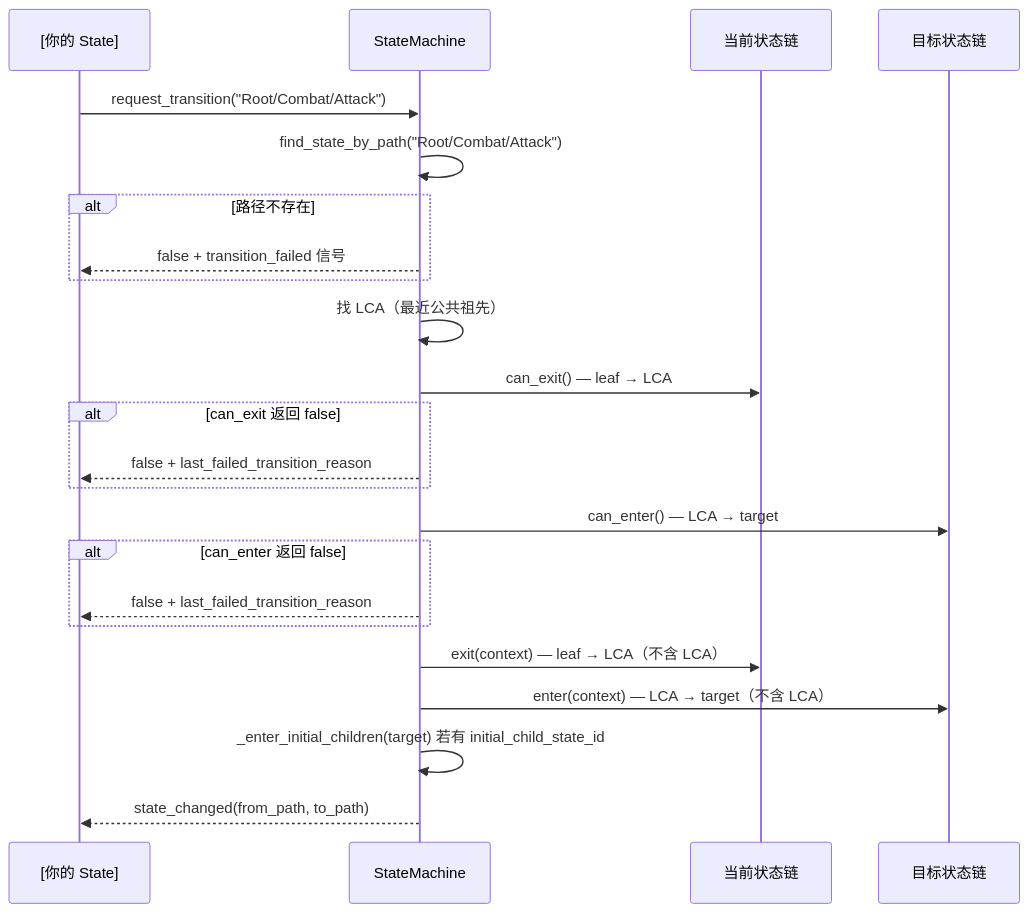
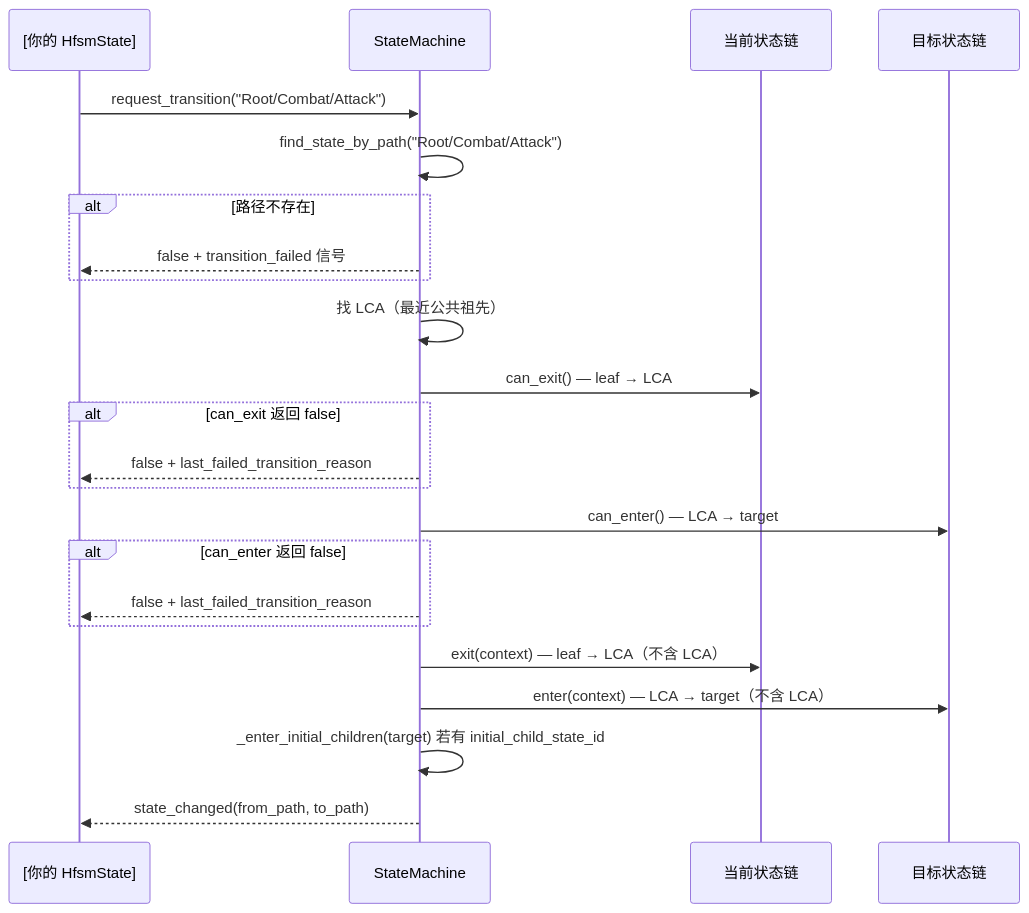
Before and after one commit to xiaofeiqiu/mkit: the fourth of 20 diagrams in docs/pipeline.md, drawn with Mermaid. The commit also changed other lines of this file and 57 other files, not shown here.

````diff
--- a/docs/pipeline.md
+++ b/docs/pipeline.md
@@ -243,26 +243,26 @@
 ```mermaid
 sequenceDiagram
-    participant S as [你的 State]
+    participant S as [你的 HfsmState]
     participant SM as StateMachine
     participant From as 当前状态链
     participant To as 目标状态链
 
     S->>SM: request_transition("Root/Combat/Attack")
     SM->>SM: find_state_by_path("Root/Combat/Attack")
     alt 路径不存在
         SM-->>S: false + transition_failed 信号
     end
     SM->>SM: 找 LCA（最近公共祖先）
     SM->>From: can_exit() — leaf → LCA
     alt can_exit 返回 false
         SM-->>S: false + last_failed_transition_reason
     end
     SM->>To: can_enter() — LCA → target
     alt can_enter 返回 false
         SM-->>S: false + last_failed_transition_reason
     end
     SM->>From: exit(context) — leaf → LCA（不含 LCA）
     SM->>To: enter(context) — LCA → target（不含 LCA）
     SM->>SM: _enter_initial_children(target)  若有 initial_child_state_id
     SM-->>S: state_changed(from_path, to_path)
 ```
````
